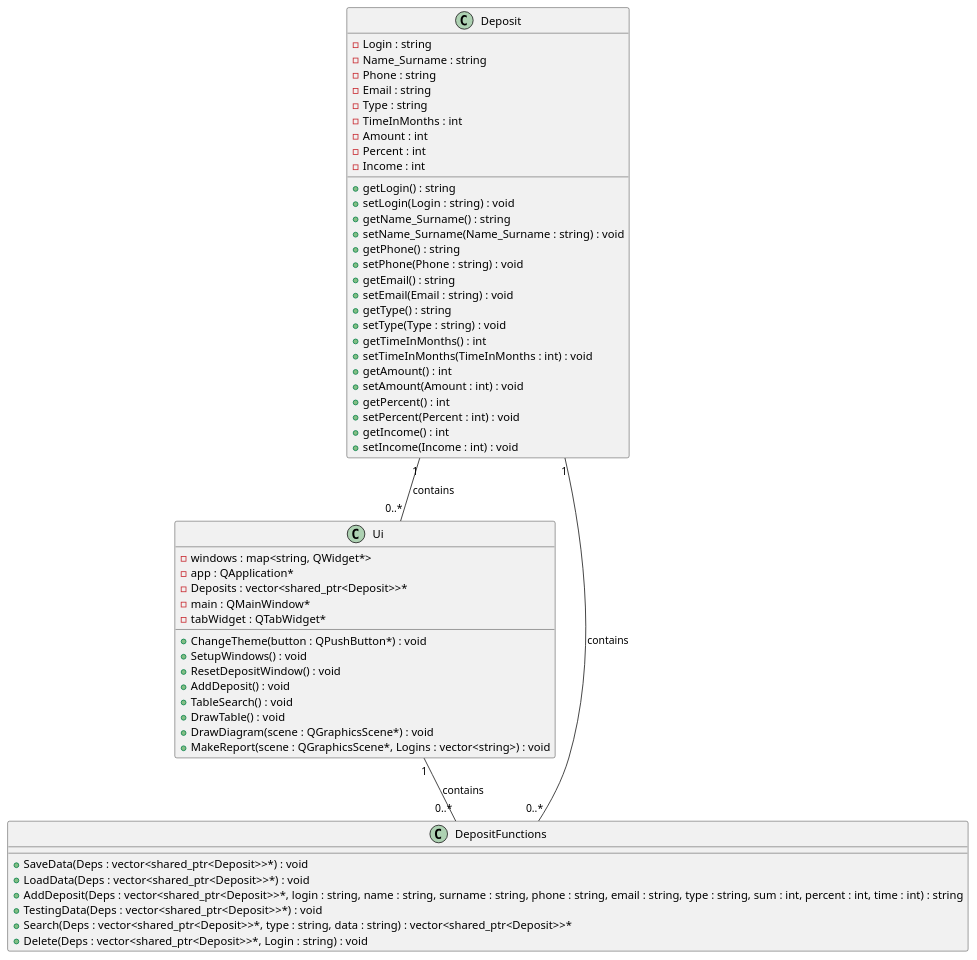
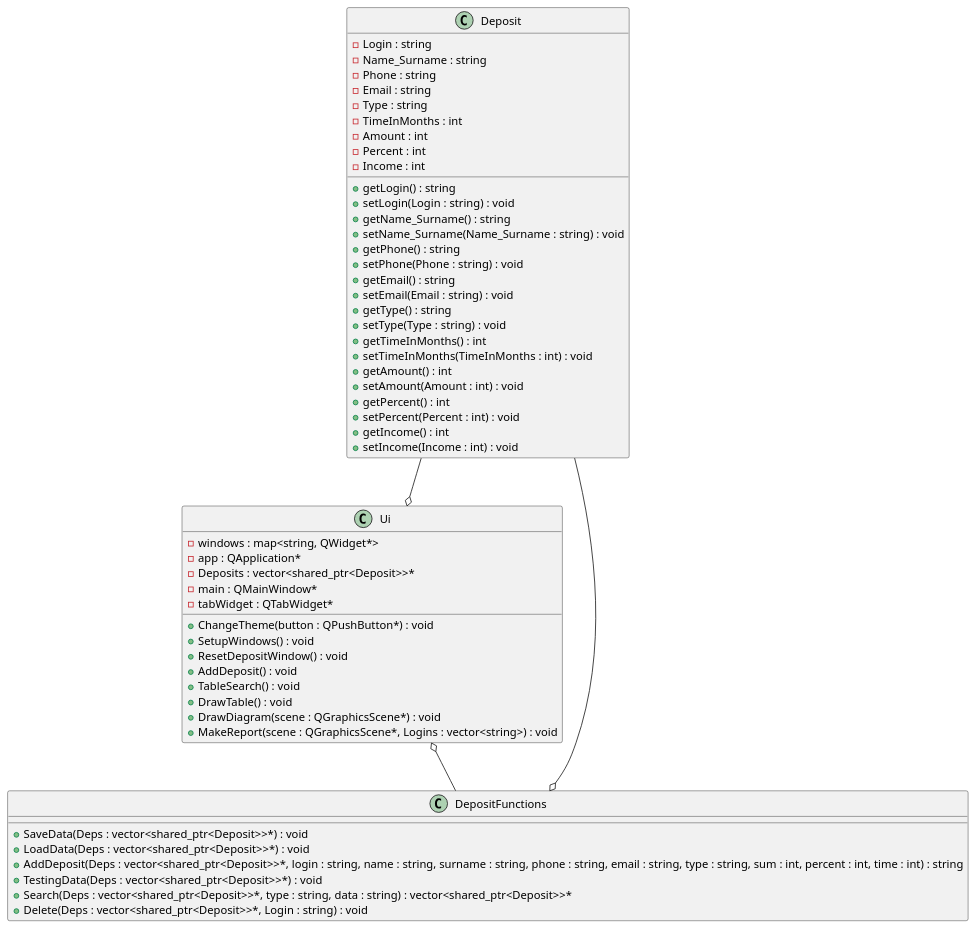
The diagram in class diagram.puml (notprogamer3/PractiseProject), drawn with PlantUML before and after one commit. The commit also changed 4 other files, not shown here.

```diff
--- a/class diagram.puml
+++ b/class diagram.puml
@@ -1,62 +1,62 @@
 @startuml
 
 class Deposit {
     - Login : string
     - Name_Surname : string
     - Phone : string
     - Email : string
     - Type : string
     - TimeInMonths : int
     - Amount : int
     - Percent : int
     - Income : int
     + getLogin() : string
     + setLogin(Login : string) : void
     + getName_Surname() : string
     + setName_Surname(Name_Surname : string) : void
     + getPhone() : string
     + setPhone(Phone : string) : void
     + getEmail() : string
     + setEmail(Email : string) : void
     + getType() : string
     + setType(Type : string) : void
     + getTimeInMonths() : int
     + setTimeInMonths(TimeInMonths : int) : void
     + getAmount() : int
     + setAmount(Amount : int) : void
     + getPercent() : int
     + setPercent(Percent : int) : void
     + getIncome() : int
     + setIncome(Income : int) : void
 }
 
 class Ui {
     - windows : map<string, QWidget*>
     - app : QApplication*
     - Deposits : vector<shared_ptr<Deposit>>*
     - main : QMainWindow*
     - tabWidget : QTabWidget*
     + ChangeTheme(button : QPushButton*) : void
     + SetupWindows() : void
     + ResetDepositWindow() : void
     + AddDeposit() : void
     + TableSearch() : void
     + DrawTable() : void
     + DrawDiagram(scene : QGraphicsScene*) : void
     + MakeReport(scene : QGraphicsScene*, Logins : vector<string>) : void
 }
 
 class DepositFunctions {
     + SaveData(Deps : vector<shared_ptr<Deposit>>*) : void
     + LoadData(Deps : vector<shared_ptr<Deposit>>*) : void
     + AddDeposit(Deps : vector<shared_ptr<Deposit>>*, login : string, name : string, surname : string, phone : string, email : string, type : string, sum : int, percent : int, time : int) : string
     + TestingData(Deps : vector<shared_ptr<Deposit>>*) : void
     + Search(Deps : vector<shared_ptr<Deposit>>*, type : string, data : string) : vector<shared_ptr<Deposit>>*
     + Delete(Deps : vector<shared_ptr<Deposit>>*, Login : string) : void
 }
 
-Deposit "1" -- "0..*" Ui : contains
-Deposit "1" -- "0..*" DepositFunctions : contains
-Ui "1" -- "0..*"  DepositFunctions : contains
+Deposit --o Ui
+Deposit  --o DepositFunctions
+Ui o--  DepositFunctions
 
 @enduml
```
